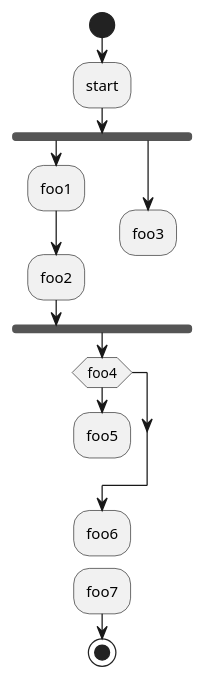
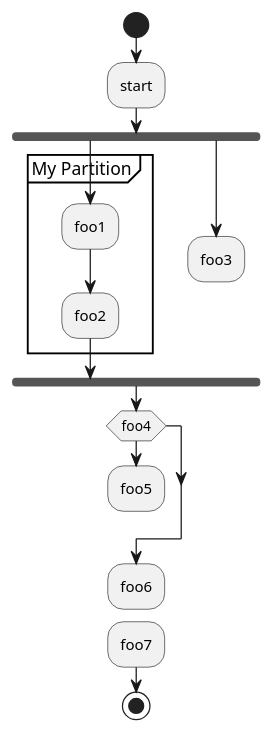
Before and after one commit to bschwarz/puml-themes: the diagram in examples/activity-ex.puml, drawn with PlantUML.

Commit message:
Add partition type

```diff
--- a/examples/activity-ex.puml
+++ b/examples/activity-ex.puml
@@ -1,21 +1,23 @@
 @startuml
 '!include puml-theme-cerulean.puml
 
 start
  :start;
  fork
+  partition "My Partition" {
    :foo1;
    :foo2;
+  }
  fork again
    :foo3;
    detach
  endfork
  if (foo4) then
    :foo5;
    detach
  endif
  :foo6;
  detach
  :foo7;
  stop
 @enduml
```
